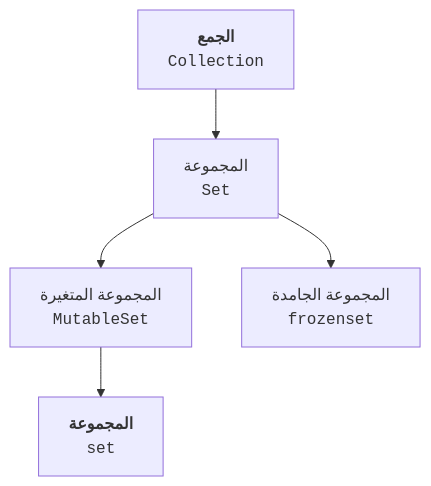
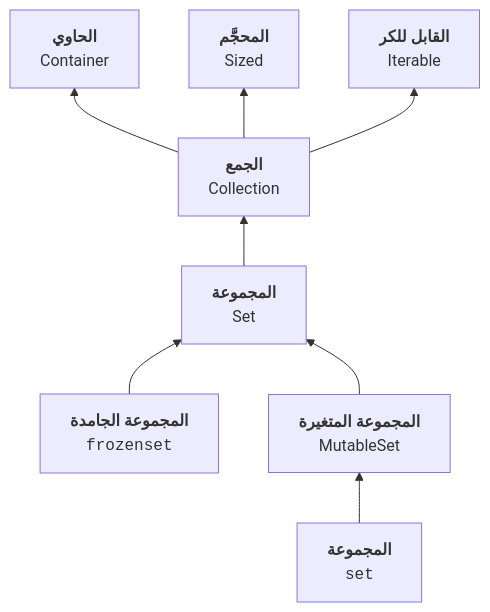
Before and after one commit to hanoufalmogri/python: the diagram in book/chapters/06_mapping/a1_set.qmd, drawn with Mermaid. The commit also changed other lines of this file and 12 other files, not shown here.

````diff
--- a/book/chapters/06_mapping/a1_set.qmd
+++ b/book/chapters/06_mapping/a1_set.qmd
@@ -11,10 +9,21 @@
 ```{mermaid}
 %% | label: fig-set
 %% | fig-cap: شجرة أنواع المجموعة
-flowchart TD
-    Collection[<b>الجمع</b> <br> <code>Collection</code>]
-    Collection --> Set[المجموعة <br> <code>Set</code>]
-    Set --> MutableSet[المجموعة المتغيرة <br> <code>MutableSet</code>]
-    MutableSet --> set[<b>المجموعة</b> <br> <code>set</code>]
-    Set --> frozenset[المجموعة الجامدة <br> <code>frozenset</code>]
+flowchart BT
+    Container[<b>الحاوي</b><br>Container]
+    Sized[<b>المحجَّم</b><br>Sized]
+    Iterable[<b>القابل للكر</b><br>Iterable]
+    Collection[<b>الجمع</b><br>Collection]
+    Set[<b>المجموعة</b> <br>Set]
+    set[<b>المجموعة</b> <br><code>set</code>]
+    MutableSet[<b>المجموعة المتغيرة</b> <br>MutableSet]
+    frozenset[<b>المجموعة الجامدة</b> <br><code>frozenset</code>]
+    
+    Collection --> Container
+    Collection --> Sized
+    Collection --> Iterable
+    Set --> Collection
+    frozenset --> Set
+    MutableSet --> Set
+    set --> MutableSet
 ```
````
